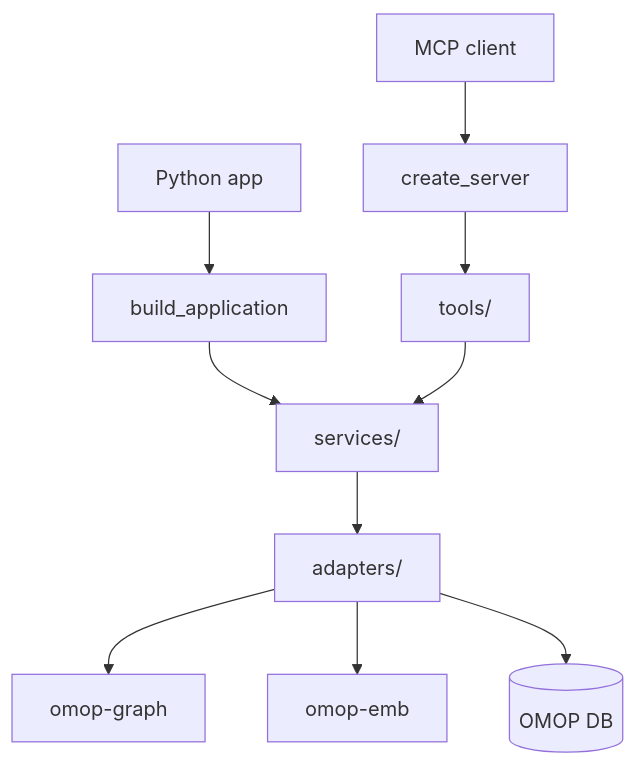
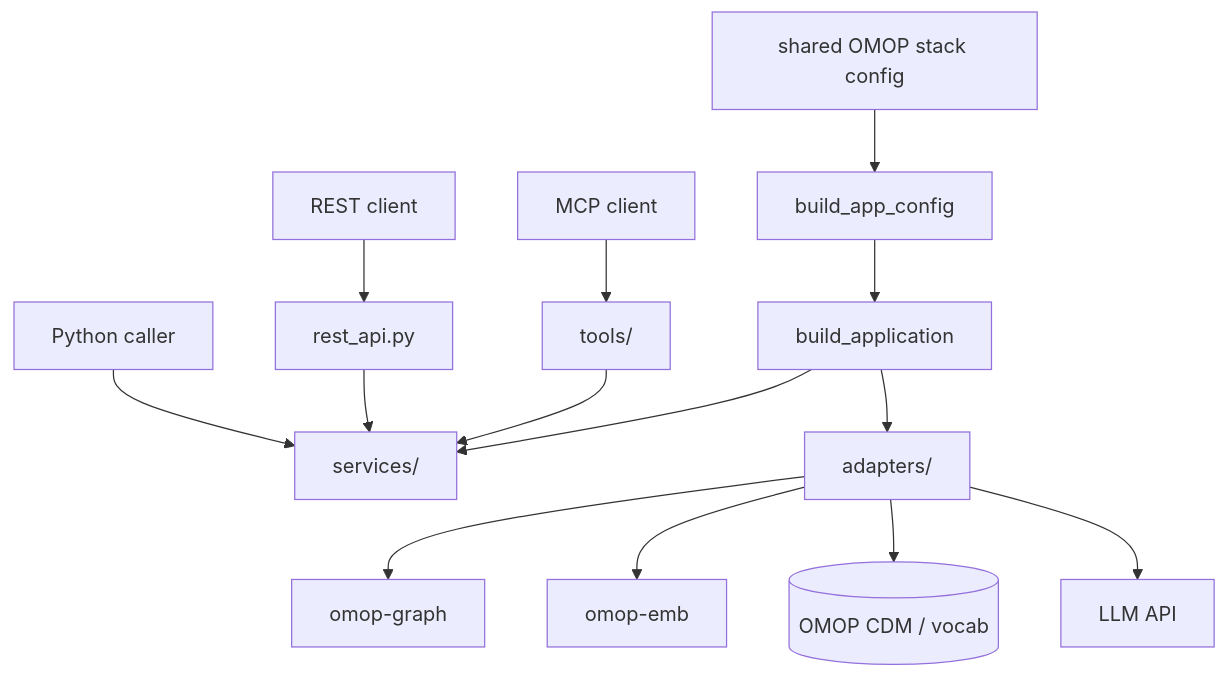
The diagram in docs/index.md (AustralianCancerDataNetwork/groundworkers), drawn with Mermaid before and after one commit. The commit also changed other lines of this file and 42 other files, not shown here.

````diff
--- a/docs/index.md
+++ b/docs/index.md
@@ -13,12 +21,16 @@
 ```mermaid
 flowchart TD
-    A[Python app] --> APP[build_application]
-    B[MCP client] --> SERVER[create_server]
+    STACK[shared OMOP stack config] --> BOOT[build_app_config]
+    BOOT --> APP[build_application]
     APP --> S[services/]
-    SERVER --> T[tools/]
+    APP --> A[adapters/]
+    MCP[MCP client] --> T[tools/]
     T --> S
-    S --> AD[adapters/]
-    AD --> OG[omop-graph]
-    AD --> OE[omop-emb]
-    AD --> DB[(OMOP DB)]
+    REST[REST client] --> R[rest_api.py]
+    R --> S
+    PY[Python caller] --> S
+    A --> OG[omop-graph]
+    A --> OE[omop-emb]
+    A --> DB[(OMOP CDM / vocab)]
+    A --> LLM[LLM API]
 ```
````
